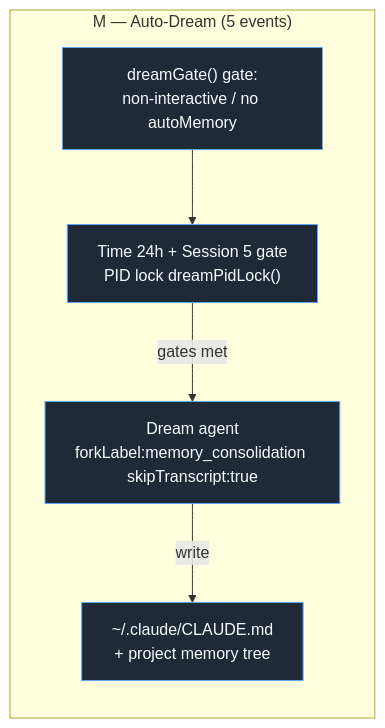
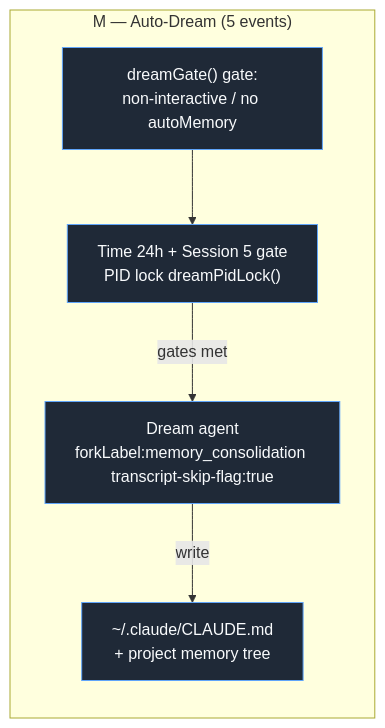
Before and after one commit to pjt222/claude-buddy-investigation: the diagram in docs/flow/DREAM.mmd, drawn with Mermaid. The commit also changed 15 other files, not shown here.

```diff
--- a/docs/flow/DREAM.mmd
+++ b/docs/flow/DREAM.mmd
@@ -1,20 +1,20 @@
 flowchart LR
     %% DREAM — M — Auto-Dream (5 events)
     subgraph DREAM["M — Auto-Dream (5 events)"]
         direction TB
         dream_gate["dreamGate() gate:<br/>non-interactive / no autoMemory"]:::core
         dream_time["Time 24h + Session 5 gate<br/>PID lock dreamPidLock()"]:::core
-        dream_agent["Dream agent<br/>forkLabel:memory_consolidation skipTranscript:true"]:::core
+        dream_agent["Dream agent<br/>forkLabel:memory_consolidation transcript-skip-flag:true"]:::core
         dream_files["~/.claude/CLAUDE.md<br/>+ project memory tree"]:::core
     end
 
     dream_gate --> dream_time
     dream_time -- "gates met" --> dream_agent
     dream_agent -- "write" --> dream_files
 
     classDef core fill:#1f2937,stroke:#60a5fa,color:#f8fafc,stroke-width:1px
     classDef gap fill:#3f1d1d,stroke:#f87171,color:#fecaca,stroke-dasharray: 4 3,stroke-width:1px
     classDef removed fill:#1a1a1a,stroke:#6b7280,color:#9ca3af,stroke-dasharray: 2,stroke-width:1px
     classDef ours fill:#1e293b,stroke:#a78bfa,color:#e9d5ff,stroke-width:1px
     classDef baseline fill:#1f2937,stroke:#34d399,color:#d1fae5,stroke-width:1px
     classDef risk fill:#3f1d1d,stroke:#fb7185,color:#fecdd3,stroke-width:2px
```
